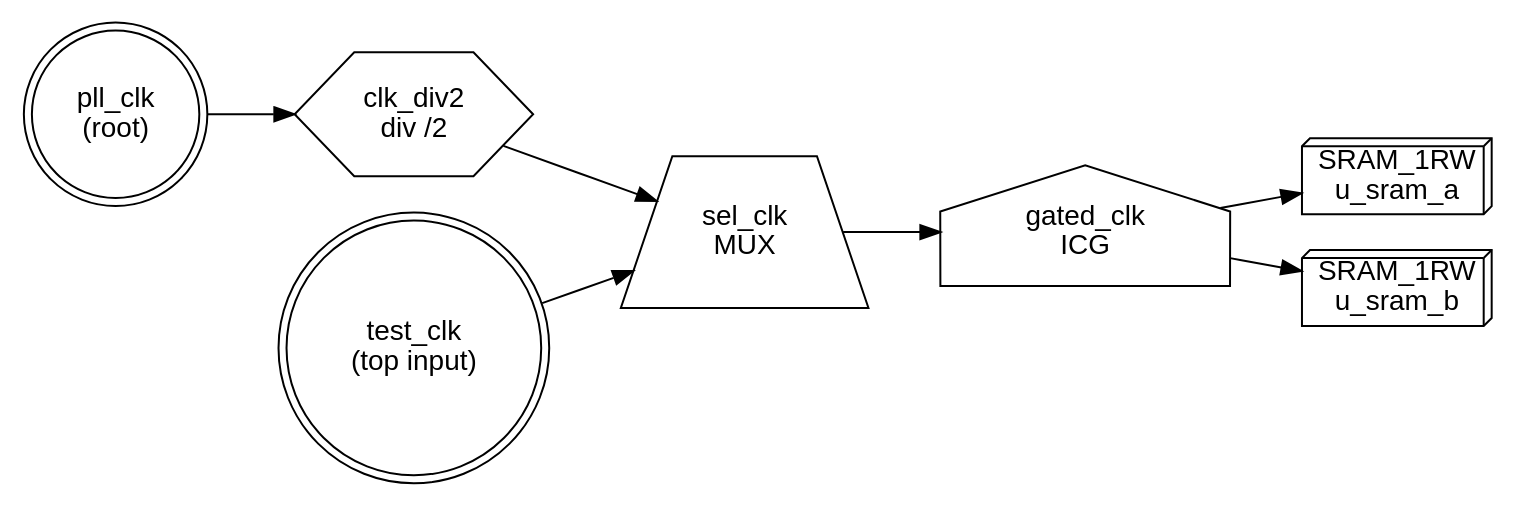
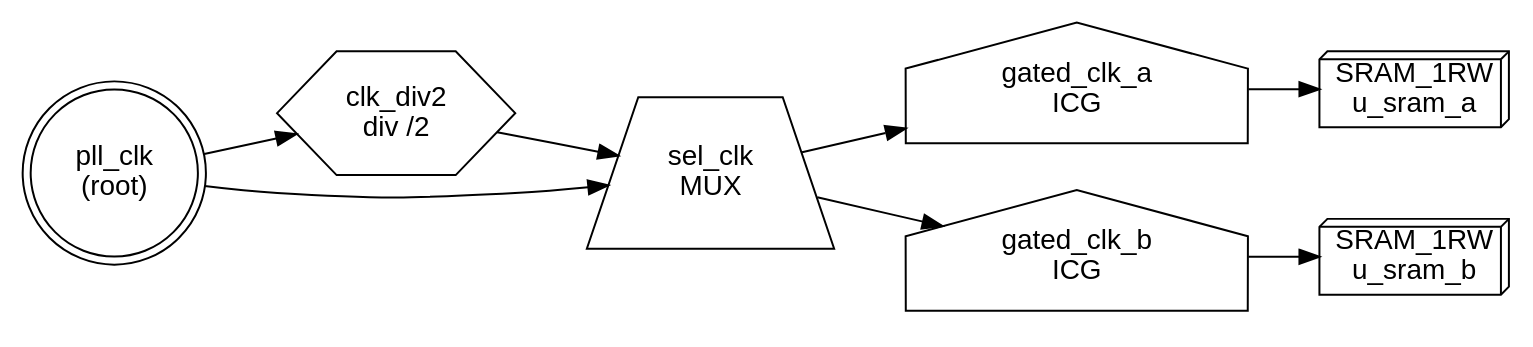
One commit to LeoYr2022/mem_clock_path_analyzer changed the diagram in testcase/expected/clock_tree.dot. Above: the diagram before and after it, drawn with Graphviz. The commit also changed 3 other files, not shown here.

```diff
--- a/testcase/expected/clock_tree.dot
+++ b/testcase/expected/clock_tree.dot
@@ -1,17 +1,18 @@
 digraph clock_tree {
   rankdir=LR;
   node [fontname="Helvetica"];
   "mem_u_sram_a" [shape=box3d, label="SRAM_1RW\nu_sram_a"];
   "n_pll_clk" [shape=doublecircle, label="pll_clk\n(root)"];
   "n_clk_div2" [shape=hexagon, label="clk_div2\ndiv /2"];
   "n_sel_clk" [shape=trapezium, label="sel_clk\nMUX"];
-  "n_test_clk" [shape=doublecircle, label="test_clk\n(top input)"];
-  "n_gated_clk" [shape=house, label="gated_clk\nICG"];
+  "n_gated_clk_a" [shape=house, label="gated_clk_a\nICG"];
   "mem_u_sram_b" [shape=box3d, label="SRAM_1RW\nu_sram_b"];
+  "n_gated_clk_b" [shape=house, label="gated_clk_b\nICG"];
   "n_pll_clk" -> "n_clk_div2";
   "n_clk_div2" -> "n_sel_clk";
-  "n_test_clk" -> "n_sel_clk";
-  "n_sel_clk" -> "n_gated_clk";
-  "n_gated_clk" -> "mem_u_sram_a";
-  "n_gated_clk" -> "mem_u_sram_b";
+  "n_pll_clk" -> "n_sel_clk";
+  "n_sel_clk" -> "n_gated_clk_a";
+  "n_gated_clk_a" -> "mem_u_sram_a";
+  "n_sel_clk" -> "n_gated_clk_b";
+  "n_gated_clk_b" -> "mem_u_sram_b";
 }
```
